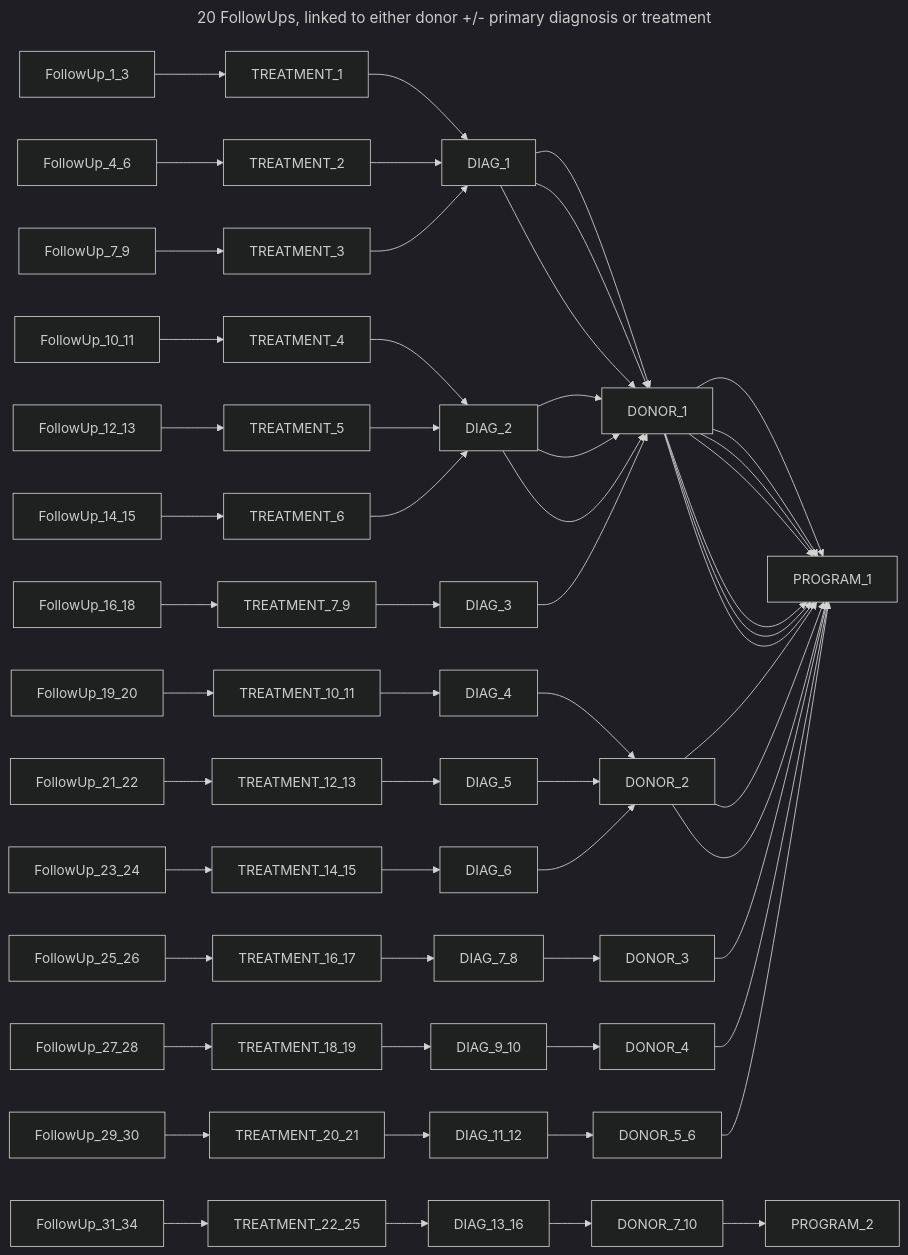
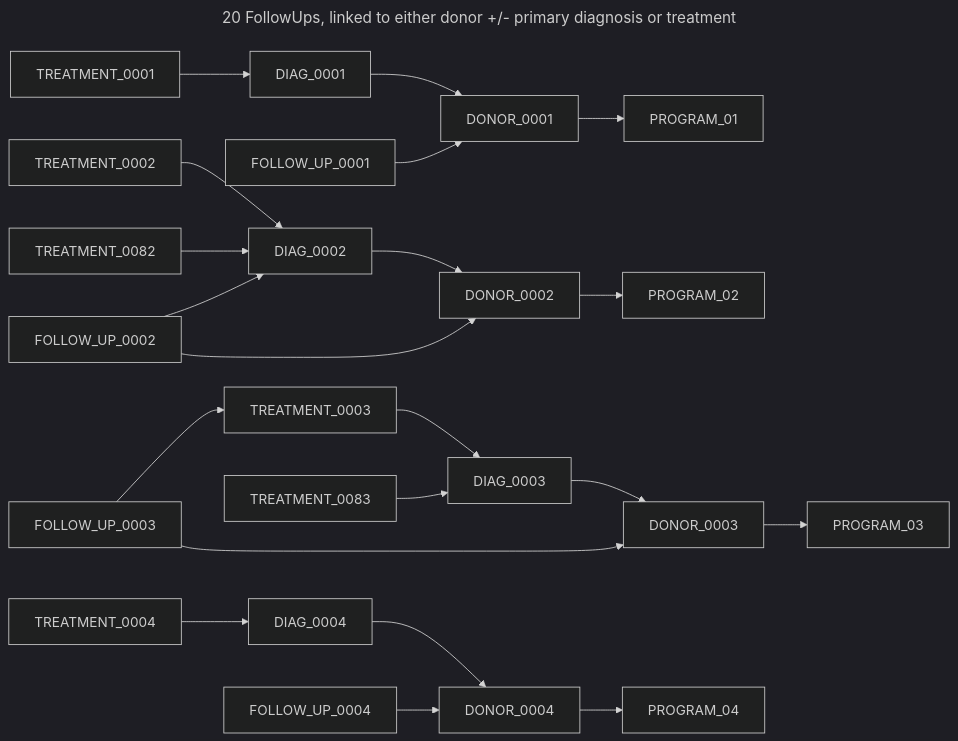
Before and after one commit to CanDIG/katsu: the ninth of 12 diagrams in chord_metadata_service/mohpackets/data/small_dataset/README.md, drawn with Mermaid (dark theme). The commit also changed other lines of this file, not shown here.

Commit message:
update graphs

````diff
--- a/chord_metadata_service/mohpackets/data/small_dataset/README.md
+++ b/chord_metadata_service/mohpackets/data/small_dataset/README.md
@@ -265,20 +260,23 @@
 ```mermaid
 ---
 title: 20 FollowUps, linked to either donor +/- primary diagnosis or treatment
 ---
 graph LR;  
-  FollowUp_1_3 --> TREATMENT_1 --> DIAG_1 --> DONOR_1 --> PROGRAM_1;  
-  FollowUp_4_6 --> TREATMENT_2 --> DIAG_1 --> DONOR_1 --> PROGRAM_1;  
-  FollowUp_7_9 --> TREATMENT_3 --> DIAG_1 --> DONOR_1 --> PROGRAM_1;  
-  FollowUp_10_11 --> TREATMENT_4 --> DIAG_2 --> DONOR_1 --> PROGRAM_1; 
-  FollowUp_12_13 --> TREATMENT_5 --> DIAG_2 --> DONOR_1 --> PROGRAM_1; 
-  FollowUp_14_15 --> TREATMENT_6 --> DIAG_2 --> DONOR_1 --> PROGRAM_1; 
-  FollowUp_16_18 --> TREATMENT_7_9 --> DIAG_3 --> DONOR_1 --> PROGRAM_1;
-  FollowUp_19_20 --> TREATMENT_10_11 --> DIAG_4 --> DONOR_2 --> PROGRAM_1;  
-  FollowUp_21_22 --> TREATMENT_12_13 --> DIAG_5 --> DONOR_2 --> PROGRAM_1;  
-  FollowUp_23_24 --> TREATMENT_14_15 --> DIAG_6 --> DONOR_2 --> PROGRAM_1; 
-  FollowUp_25_26 --> TREATMENT_16_17 --> DIAG_7_8 --> DONOR_3 --> PROGRAM_1;  
-  FollowUp_27_28 --> TREATMENT_18_19 --> DIAG_9_10 --> DONOR_4 --> PROGRAM_1;  
-  FollowUp_29_30 --> TREATMENT_20_21 --> DIAG_11_12 --> DONOR_5_6 --> PROGRAM_1;  
-  FollowUp_31_34 --> TREATMENT_22_25 --> DIAG_13_16 --> DONOR_7_10 --> PROGRAM_2;
+  DIAG_0001 --> DONOR_0001 --> PROGRAM_01;  
+  DIAG_0002 --> DONOR_0002 --> PROGRAM_02;  
+  DIAG_0003 --> DONOR_0003 --> PROGRAM_03;  
+  DIAG_0004 --> DONOR_0004 --> PROGRAM_04;
+  TREATMENT_0001 --> DIAG_0001; 
+  TREATMENT_0002 --> DIAG_0002; 
+  TREATMENT_0082 --> DIAG_0002;  
+  TREATMENT_0003 --> DIAG_0003; 
+  TREATMENT_0083 --> DIAG_0003; 
+  TREATMENT_0004 --> DIAG_0004; 
+  FOLLOW_UP_0001 --> DONOR_0001;  
+  FOLLOW_UP_0002 --> DIAG_0002;
+  FOLLOW_UP_0002 --> DONOR_0002; 
+  FOLLOW_UP_0003 --> DONOR_0003; 
+  FOLLOW_UP_0003 --> TREATMENT_0003;  
+  FOLLOW_UP_0004 --> DONOR_0004
+  
 ```
````
